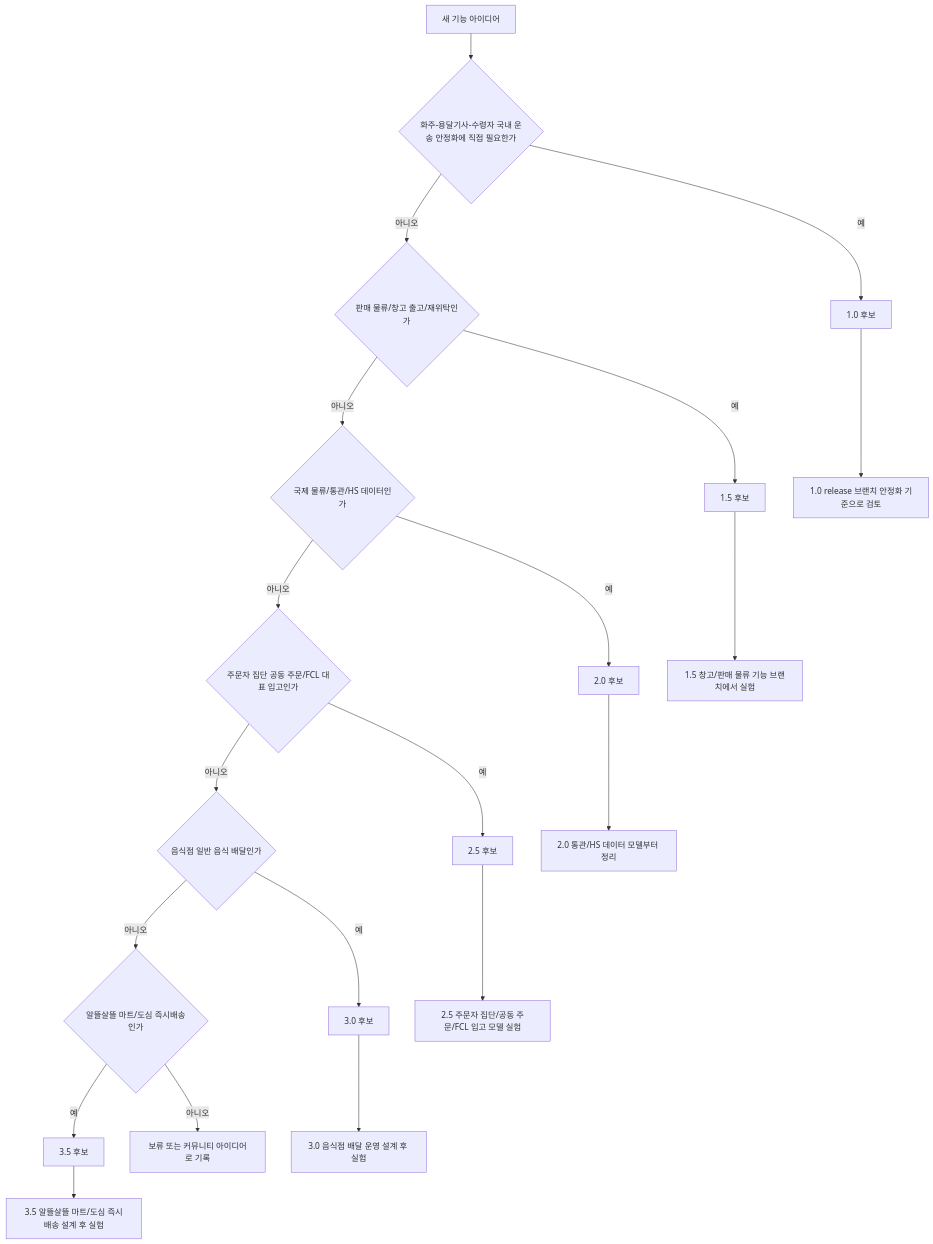
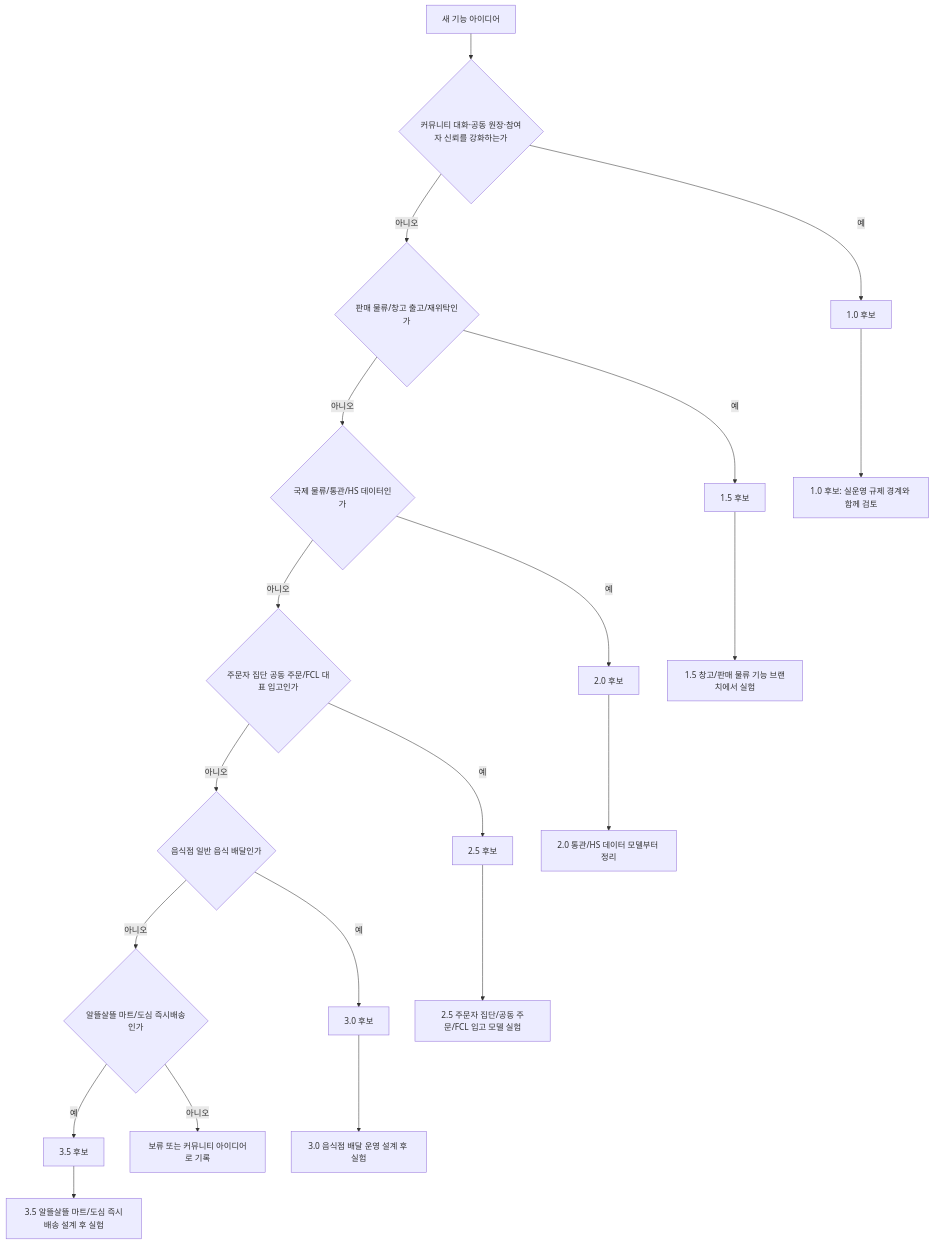
One commit to cheolwo/hongdal changed the second of 14 diagrams in Hongdal/README.md. Above: the diagram before and after it, drawn with Mermaid. The commit also changed other lines of this file and 6 other files, not shown here.

````diff
--- a/Hongdal/README.md
+++ b/Hongdal/README.md
@@ -119,22 +118,22 @@
 ```mermaid
 flowchart TD
-    A["새 기능 아이디어"] --> B{"화주-용달기사-수령자 국내 운송 안정화에 직접 필요한가"}
+    A["새 기능 아이디어"] --> B{"커뮤니티 대화·공동 원장·참여자 신뢰를 강화하는가"}
     B -->|예| C["1.0 후보"]
     B -->|아니오| F{"판매 물류/창고 출고/재위탁인가"}
     F -->|예| G["1.5 후보"]
     F -->|아니오| D{"국제 물류/통관/HS 데이터인가"}
     D -->|예| E["2.0 후보"]
     D -->|아니오| O{"주문자 집단 공동 주문/FCL 대표 입고인가"}
     O -->|예| P["2.5 후보"]
     O -->|아니오| H{"음식점 일반 음식 배달인가"}
     H -->|예| L["3.0 후보"]
     H -->|아니오| R{"알뜰살뜰 마트/도심 즉시배송인가"}
     R -->|예| S["3.5 후보"]
     R -->|아니오| M["보류 또는 커뮤니티 아이디어로 기록"]
-    C --> I["1.0 release 브랜치 안정화 기준으로 검토"]
+    C --> I["1.0 후보: 실운영 규제 경계와 함께 검토"]
     E --> J["2.0 통관/HS 데이터 모델부터 정리"]
     G --> K["1.5 창고/판매 물류 기능 브랜치에서 실험"]
     P --> Q["2.5 주문자 집단/공동 주문/FCL 입고 모델 실험"]
     L --> N["3.0 음식점 배달 운영 설계 후 실험"]
     S --> T["3.5 알뜰살뜰 마트/도심 즉시배송 설계 후 실험"]
 ```
````
